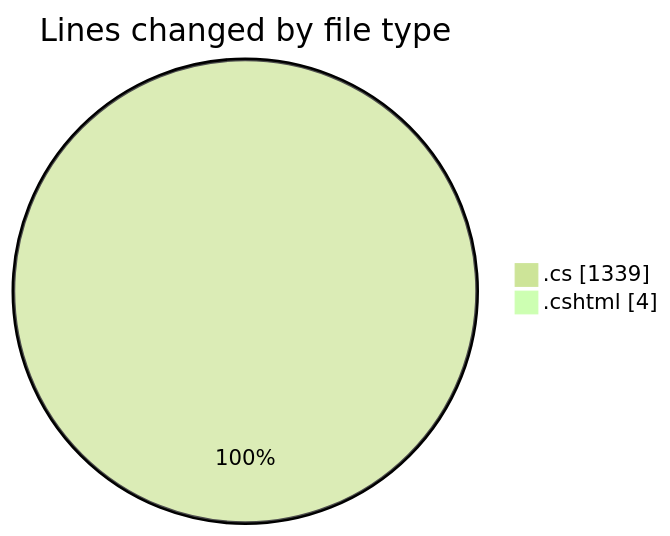
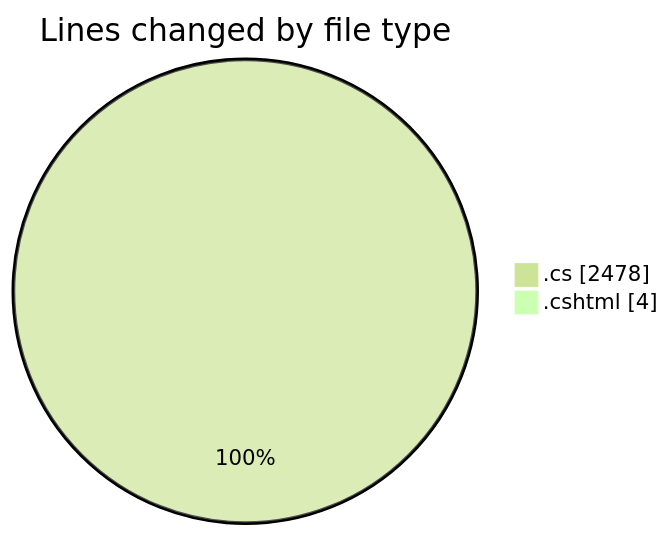
One commit to lephambinh05/code-tracking changed the first of 2 diagrams in 2025-07-15/nhahang/README.md. Above: the diagram before and after it, drawn with Mermaid (forest theme). The commit also changed other lines of this file and 1 other file, not shown here.

````diff
--- a/2025-07-15/nhahang/README.md
+++ b/2025-07-15/nhahang/README.md
@@ -61,6 +64,6 @@
 ```mermaid
 pie showData
 title Lines changed by file type
-".cs" : 1339
+".cs" : 2478
 ".cshtml" : 4
 ```
````
